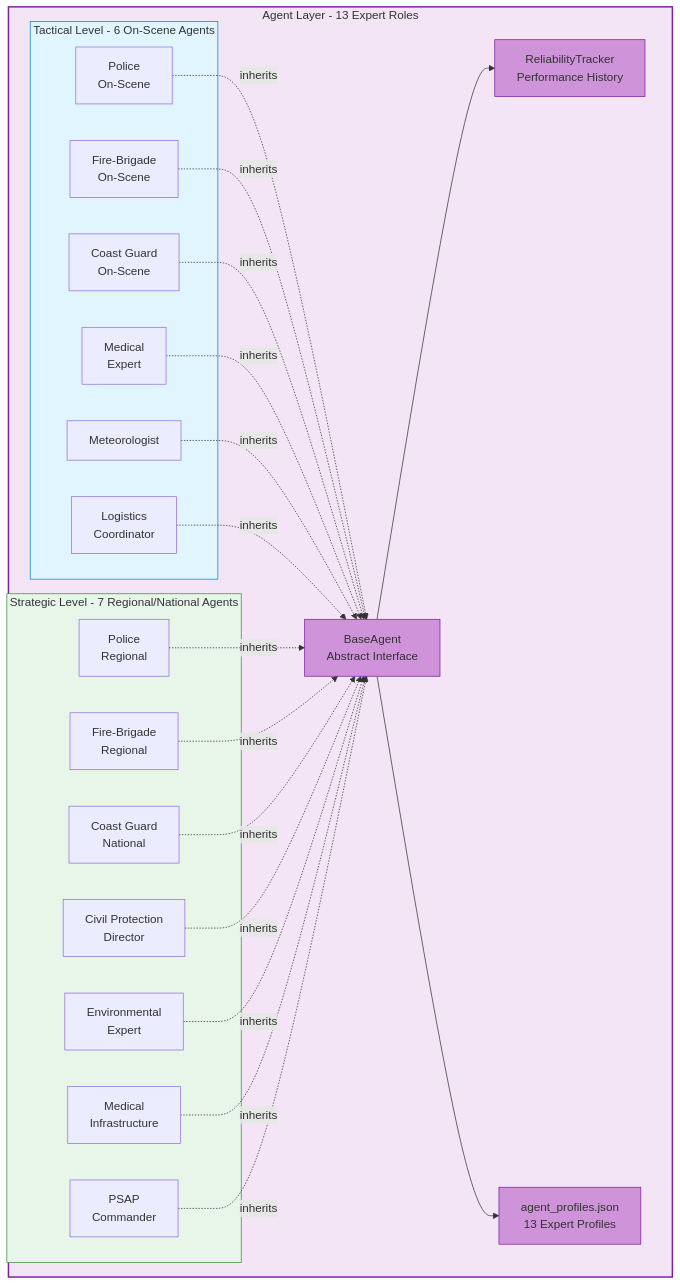
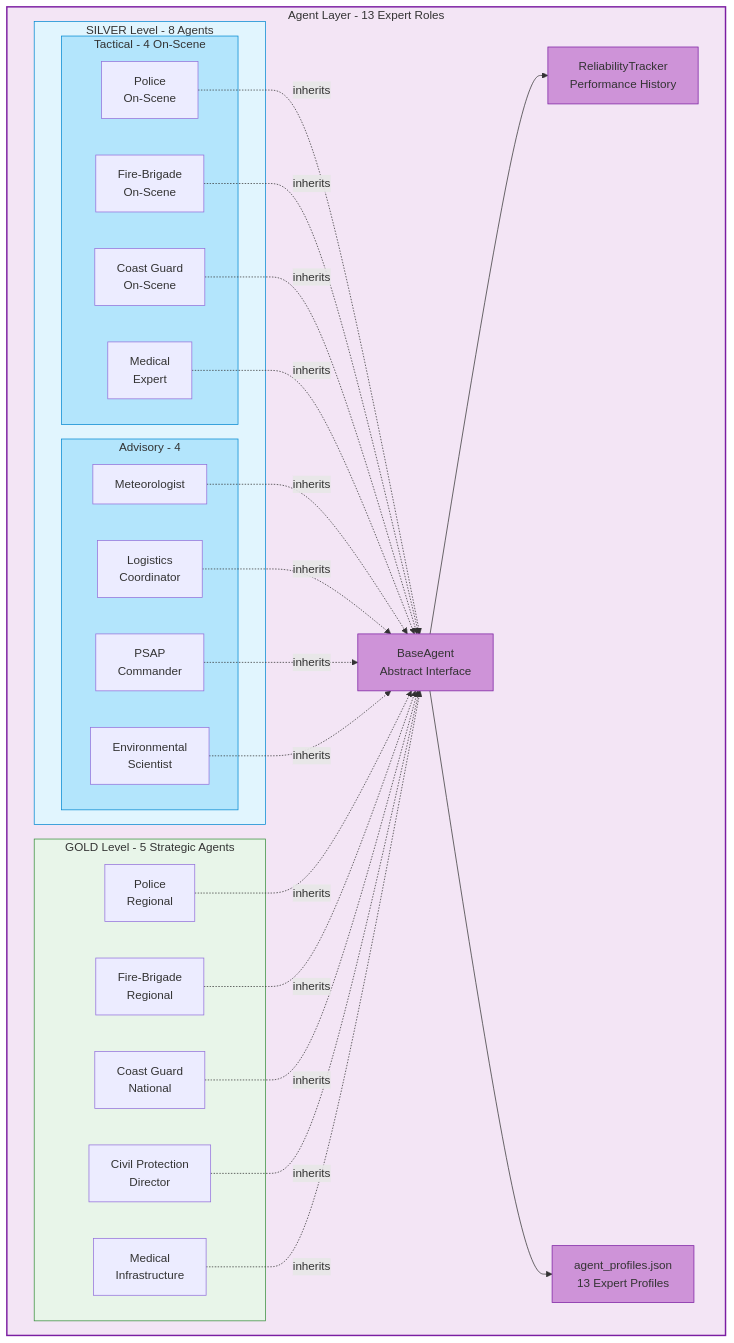
The fourth of 22 diagrams in ARCHITECTURE_DIAGRAMS.md (kerbgr/crisis_mas_poc), drawn with Mermaid before and after one commit. The commit also changed other lines of this file, not shown here.

````diff
--- a/ARCHITECTURE_DIAGRAMS.md
+++ b/ARCHITECTURE_DIAGRAMS.md
@@ -188,40 +195,47 @@
 ```mermaid
 graph TB
     subgraph Agents["Agent Layer - 13 Expert Roles"]
         BA[BaseAgent<br/>Abstract Interface]
 
-        subgraph Tactical["Tactical Level - 6 On-Scene Agents"]
-            T1[Police<br/>On-Scene]
-            T2[Fire-Brigade<br/>On-Scene]
-            T3[Coast Guard<br/>On-Scene]
-            T4[Medical<br/>Expert]
-            T5[Meteorologist]
-            T6[Logistics<br/>Coordinator]
+        subgraph Silver["SILVER Level - 8 Agents"]
+            subgraph SilverTactical["Tactical - 4 On-Scene"]
+                T1[Police<br/>On-Scene]
+                T2[Fire-Brigade<br/>On-Scene]
+                T3[Coast Guard<br/>On-Scene]
+                T4[Medical<br/>Expert]
+            end
+            subgraph SilverAdvisory["Advisory - 4"]
+                A1[Meteorologist]
+                A2[Logistics<br/>Coordinator]
+                A3[PSAP<br/>Commander]
+                A4[Environmental<br/>Scientist]
+            end
         end
 
-        subgraph Strategic["Strategic Level - 7 Regional/National Agents"]
-            S1[Police<br/>Regional]
-            S2[Fire-Brigade<br/>Regional]
-            S3[Coast Guard<br/>National]
-            S4[Civil Protection<br/>Director]
-            S5[Environmental<br/>Expert]
-            S6[Medical<br/>Infrastructure]
-            S7[PSAP<br/>Commander]
+        subgraph Gold["GOLD Level - 5 Strategic Agents"]
+            G1[Police<br/>Regional]
+            G2[Fire-Brigade<br/>Regional]
+            G3[Coast Guard<br/>National]
+            G4[Civil Protection<br/>Director]
+            G5[Medical<br/>Infrastructure]
         end
 
         RT[ReliabilityTracker<br/>Performance History]
         PROFILES[agent_profiles.json<br/>13 Expert Profiles]
     end
 
-    T1 & T2 & T3 & T4 & T5 & T6 -.->|inherits| BA
-    S1 & S2 & S3 & S4 & S5 & S6 & S7 -.->|inherits| BA
+    T1 & T2 & T3 & T4 -.->|inherits| BA
+    A1 & A2 & A3 & A4 -.->|inherits| BA
+    G1 & G2 & G3 & G4 & G5 -.->|inherits| BA
     BA --> RT
     BA --> PROFILES
 
     style Agents fill:#f3e5f5,stroke:#7b1fa2,stroke-width:2px
-    style Tactical fill:#e1f5fe,stroke:#0288d1,stroke-width:1px
-    style Strategic fill:#e8f5e9,stroke:#388e3c,stroke-width:1px
+    style Silver fill:#e1f5fe,stroke:#0288d1,stroke-width:1px
+    style SilverTactical fill:#b3e5fc,stroke:#0288d1,stroke-width:1px
+    style SilverAdvisory fill:#b3e5fc,stroke:#0288d1,stroke-width:1px
+    style Gold fill:#e8f5e9,stroke:#388e3c,stroke-width:1px
     style BA fill:#ce93d8,stroke:#7b1fa2
     style RT fill:#ce93d8,stroke:#7b1fa2
     style PROFILES fill:#ce93d8,stroke:#7b1fa2
 ```
````
